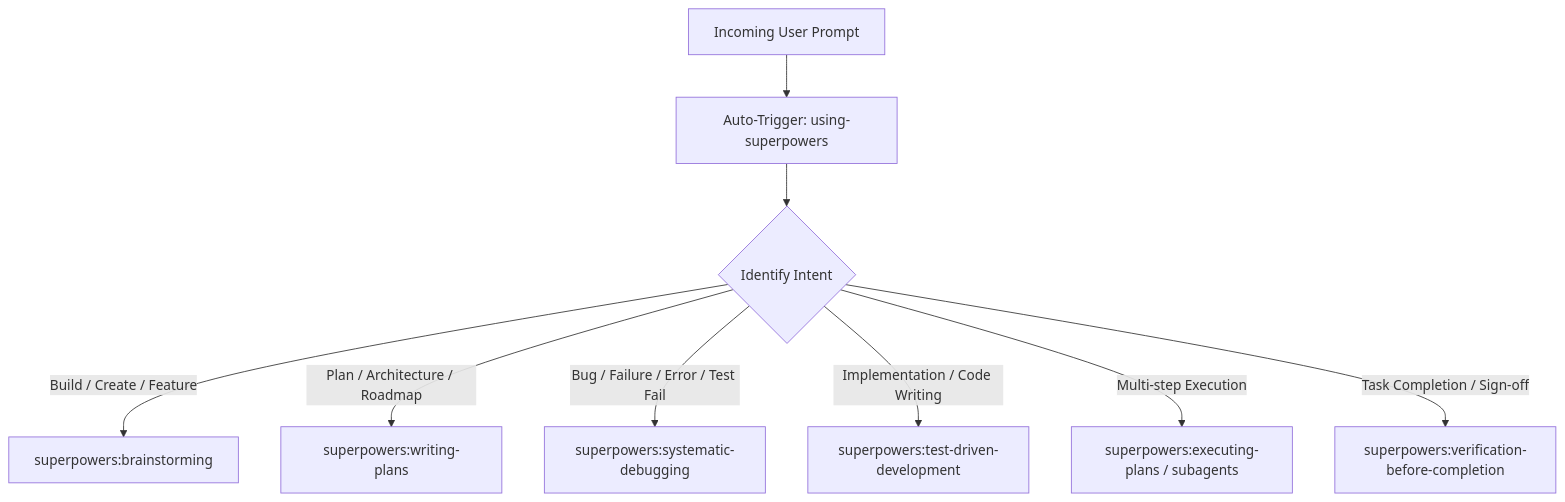
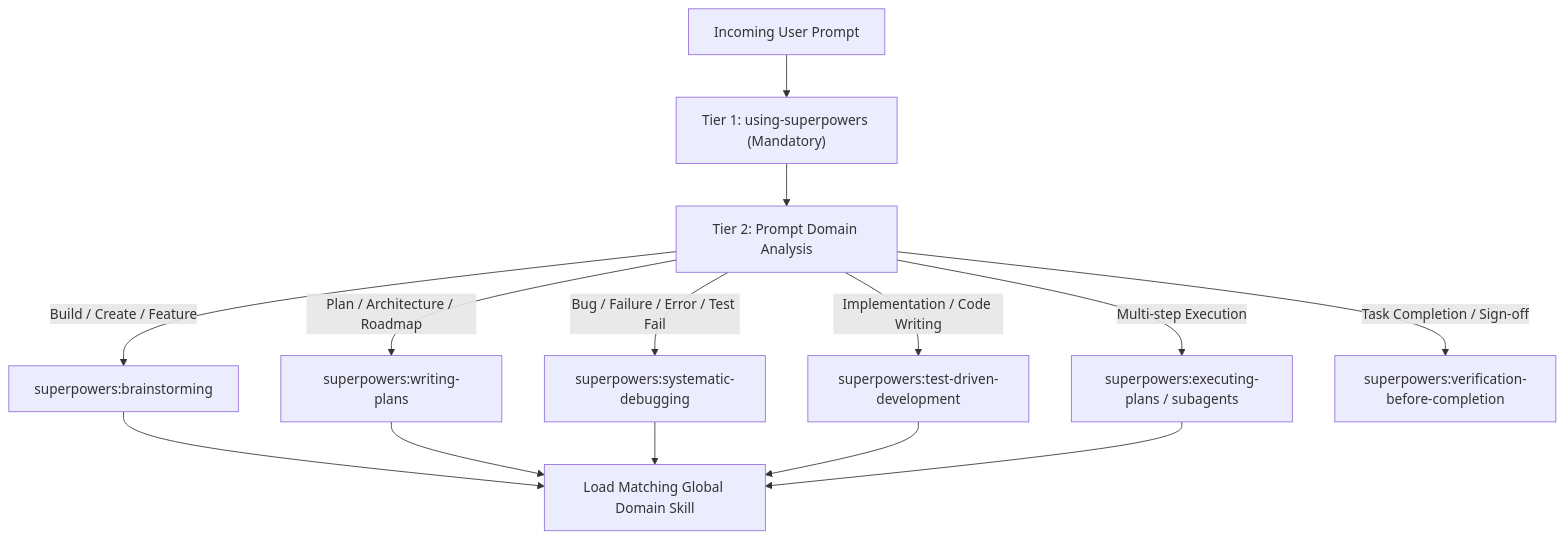
The diagram in prompt.md (Vrajesh-sulakhe/skills-master), drawn with Mermaid before and after one commit. The commit also changed other lines of this file and 3 other files, not shown here.

Commit message:
docs: add two-tier global skill auto-triggering protocol to prompt.md and README.md

````diff
--- a/prompt.md
+++ b/prompt.md
@@ -31,12 +22,18 @@
 ```mermaid
 flowchart TD
-    UserPrompt["Incoming User Prompt"] --> Step0["Auto-Trigger: using-superpowers"]
-    Step0 --> Route{"Identify Intent"}
+    UserPrompt["Incoming User Prompt"] --> Step0["Tier 1: using-superpowers (Mandatory)"]
+    Step0 --> Tier2["Tier 2: Prompt Domain Analysis"]
     
-    Route -->|"Build / Create / Feature"| Brainstorm["superpowers:brainstorming"]
-    Route -->|"Plan / Architecture / Roadmap"| Plan["superpowers:writing-plans"]
-    Route -->|"Bug / Failure / Error / Test Fail"| Debug["superpowers:systematic-debugging"]
-    Route -->|"Implementation / Code Writing"| TDD["superpowers:test-driven-development"]
-    Route -->|"Multi-step Execution"| Exec["superpowers:executing-plans / subagents"]
-    Route -->|"Task Completion / Sign-off"| Verify["superpowers:verification-before-completion"]
+    Tier2 -->|"Build / Create / Feature"| Brainstorm["superpowers:brainstorming"]
+    Tier2 -->|"Plan / Architecture / Roadmap"| Plan["superpowers:writing-plans"]
+    Tier2 -->|"Bug / Failure / Error / Test Fail"| Debug["superpowers:systematic-debugging"]
+    Tier2 -->|"Implementation / Code Writing"| TDD["superpowers:test-driven-development"]
+    Tier2 -->|"Multi-step Execution"| Exec["superpowers:executing-plans / subagents"]
+    Tier2 -->|"Task Completion / Sign-off"| Verify["superpowers:verification-before-completion"]
+    
+    Brainstorm --> DomainSkill["Load Matching Global Domain Skill"]
+    Plan --> DomainSkill
+    Debug --> DomainSkill
+    TDD --> DomainSkill
+    Exec --> DomainSkill
 ```
````
